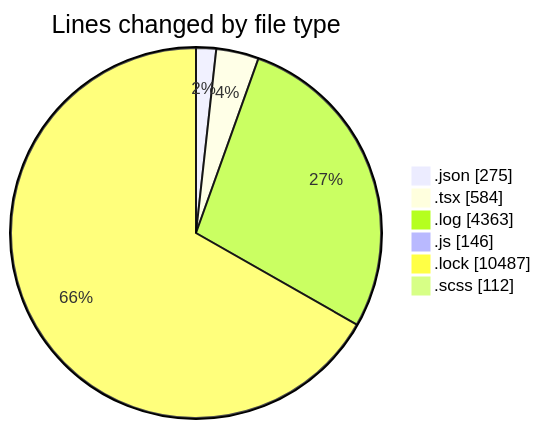
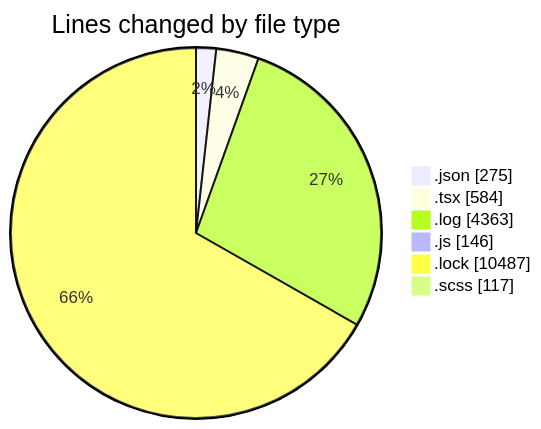
Before and after one commit to momahboobian/code-tracking: the first of 2 diagrams in 2026-03-24/cda/README.md, drawn with Mermaid. The commit also changed other lines of this file and 1 other file, not shown here.

````diff
--- a/2026-03-24/cda/README.md
+++ b/2026-03-24/cda/README.md
@@ -30,10 +30,10 @@
 ```mermaid
 pie showData
 title Lines changed by file type
 ".json" : 275
 ".tsx" : 584
 ".log" : 4363
 ".js" : 146
 ".lock" : 10487
-".scss" : 112
+".scss" : 117
 ```
````
